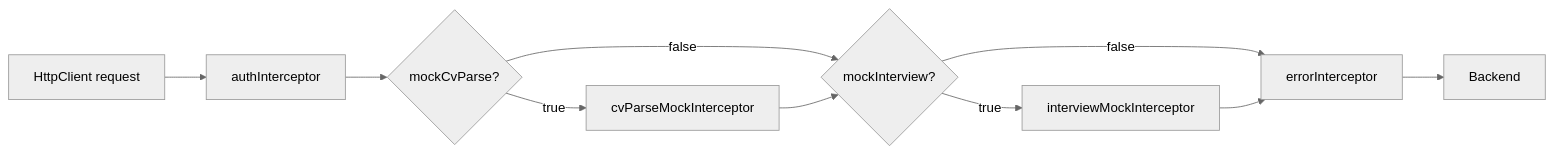
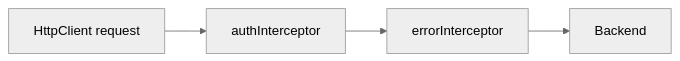
The second of 3 diagrams in docs/06-thiet-ke-frontend.md (ngohoangg/intelli-hire), drawn with Mermaid (neutral theme) before and after one commit. The commit also changed other lines of this file and 19 other files, not shown here.

````diff
--- a/docs/06-thiet-ke-frontend.md
+++ b/docs/06-thiet-ke-frontend.md
@@ -63,12 +62,6 @@
 ```mermaid
 flowchart LR
     REQ[HttpClient request] --> AI[authInterceptor]
-    AI --> CM{mockCvParse?}
-    CM -- true --> CMI[cvParseMockInterceptor]
-    CM -- false --> IM
-    CMI --> IM{mockInterview?}
-    IM -- true --> IMI[interviewMockInterceptor]
-    IM -- false --> EI
-    IMI --> EI[errorInterceptor]
+    AI --> EI[errorInterceptor]
     EI --> BE[Backend]
 ```
````
